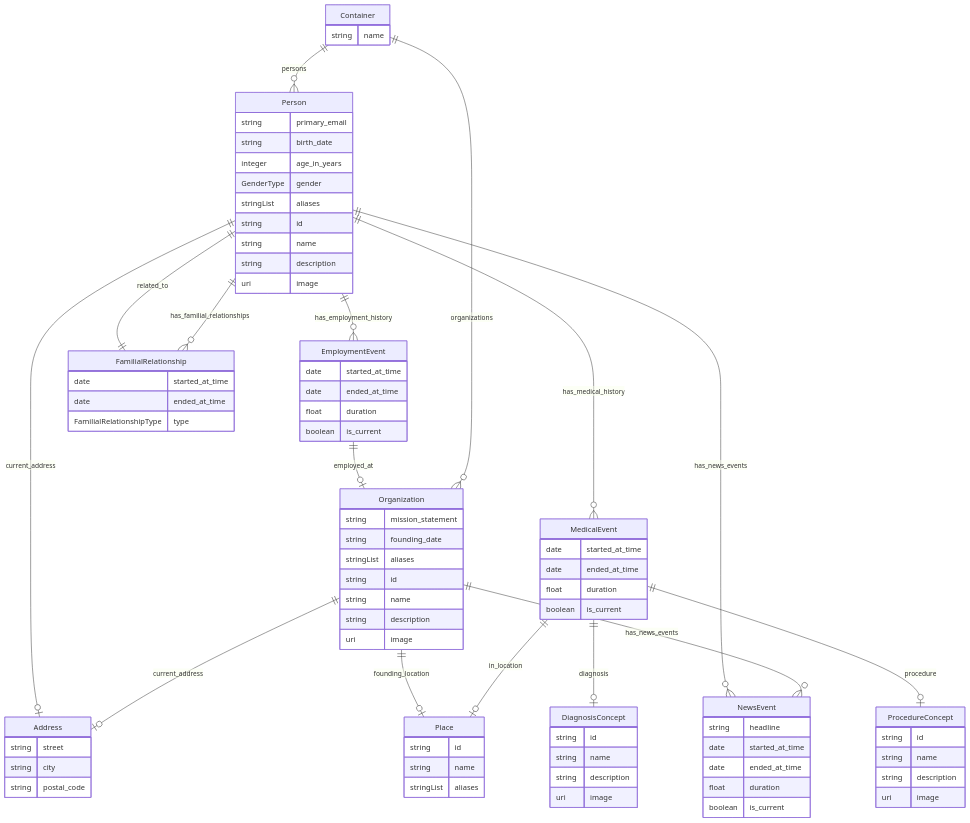
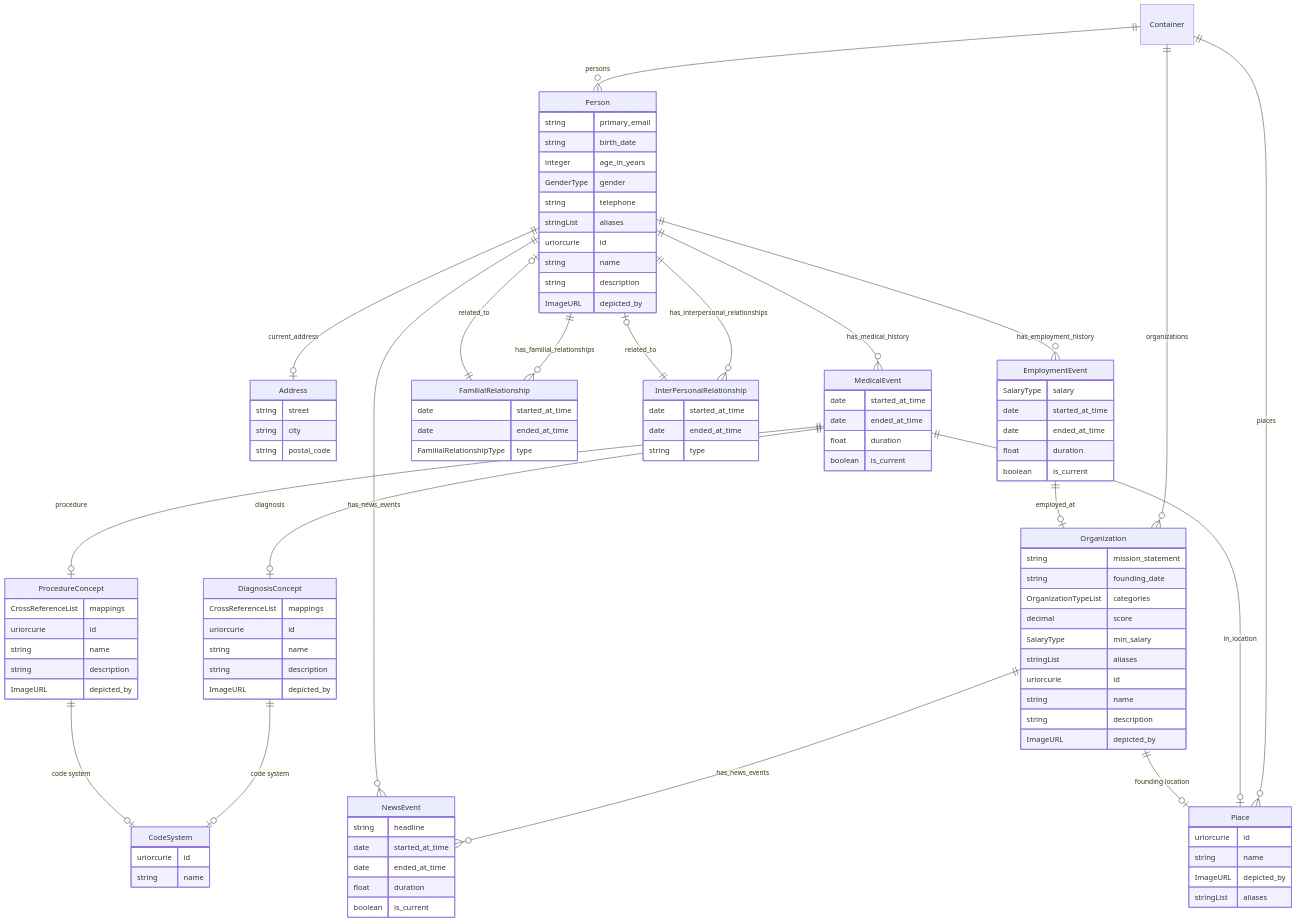
Before and after one commit to linkml/linkml: the second of 23 diagrams in tests/linkml/test_generators/__snapshots__/personinfo.md, drawn with Mermaid. The commit also changed other lines of this file, not shown here.

````diff
--- a/tests/linkml/test_generators/__snapshots__/personinfo.md
+++ b/tests/linkml/test_generators/__snapshots__/personinfo.md
@@ -35,16 +38,22 @@
     string city  
     string postal_code  
 }
-Container {
+CodeSystem {
+    uriorcurie id  
     string name  
 }
+Container {
+
+}
 DiagnosisConcept {
-    string id  
+    CrossReferenceList mappings  
+    uriorcurie id  
     string name  
     string description  
-    uri image  
+    ImageURL depicted_by  
 }
 EmploymentEvent {
+    SalaryType salary  
     date started_at_time  
     date ended_at_time  
     float duration  
@@ -54,6 +63,11 @@
     date started_at_time  
     date ended_at_time  
     FamilialRelationshipType type  
+}
+InterPersonalRelationship {
+    date started_at_time  
+    date ended_at_time  
+    string type  
 }
 MedicalEvent {
     date started_at_time  
@@ -71,49 +85,59 @@
 Organization {
     string mission_statement  
     string founding_date  
+    OrganizationTypeList categories  
+    decimal score  
+    SalaryType min_salary  
     stringList aliases  
-    string id  
+    uriorcurie id  
     string name  
     string description  
-    uri image  
+    ImageURL depicted_by  
 }
 Person {
     string primary_email  
     string birth_date  
     integer age_in_years  
     GenderType gender  
+    string telephone  
     stringList aliases  
-    string id  
+    uriorcurie id  
     string name  
     string description  
-    uri image  
+    ImageURL depicted_by  
 }
 Place {
-    string id  
+    uriorcurie id  
     string name  
+    ImageURL depicted_by  
     stringList aliases  
 }
 ProcedureConcept {
-    string id  
+    CrossReferenceList mappings  
+    uriorcurie id  
     string name  
     string description  
-    uri image  
+    ImageURL depicted_by  
 }
 
 Container ||--}o Organization : "organizations"
 Container ||--}o Person : "persons"
+Container ||--}o Place : "places"
+DiagnosisConcept ||--|o CodeSystem : "code system"
 EmploymentEvent ||--|o Organization : "employed_at"
-FamilialRelationship ||--|| Person : "related_to"
+FamilialRelationship ||--|o Person : "related_to"
+InterPersonalRelationship ||--|o Person : "related_to"
 MedicalEvent ||--|o DiagnosisConcept : "diagnosis"
 MedicalEvent ||--|o Place : "in_location"
 MedicalEvent ||--|o ProcedureConcept : "procedure"
-Organization ||--|o Address : "current_address"
-Organization ||--|o Place : "founding_location"
+Organization ||--|o Place : "founding location"
 Organization ||--}o NewsEvent : "has_news_events"
 Person ||--|o Address : "current_address"
 Person ||--}o EmploymentEvent : "has_employment_history"
 Person ||--}o FamilialRelationship : "has_familial_relationships"
+Person ||--}o InterPersonalRelationship : "has_interpersonal_relationships"
 Person ||--}o MedicalEvent : "has_medical_history"
 Person ||--}o NewsEvent : "has_news_events"
+ProcedureConcept ||--|o CodeSystem : "code system"
 
 ```
````
